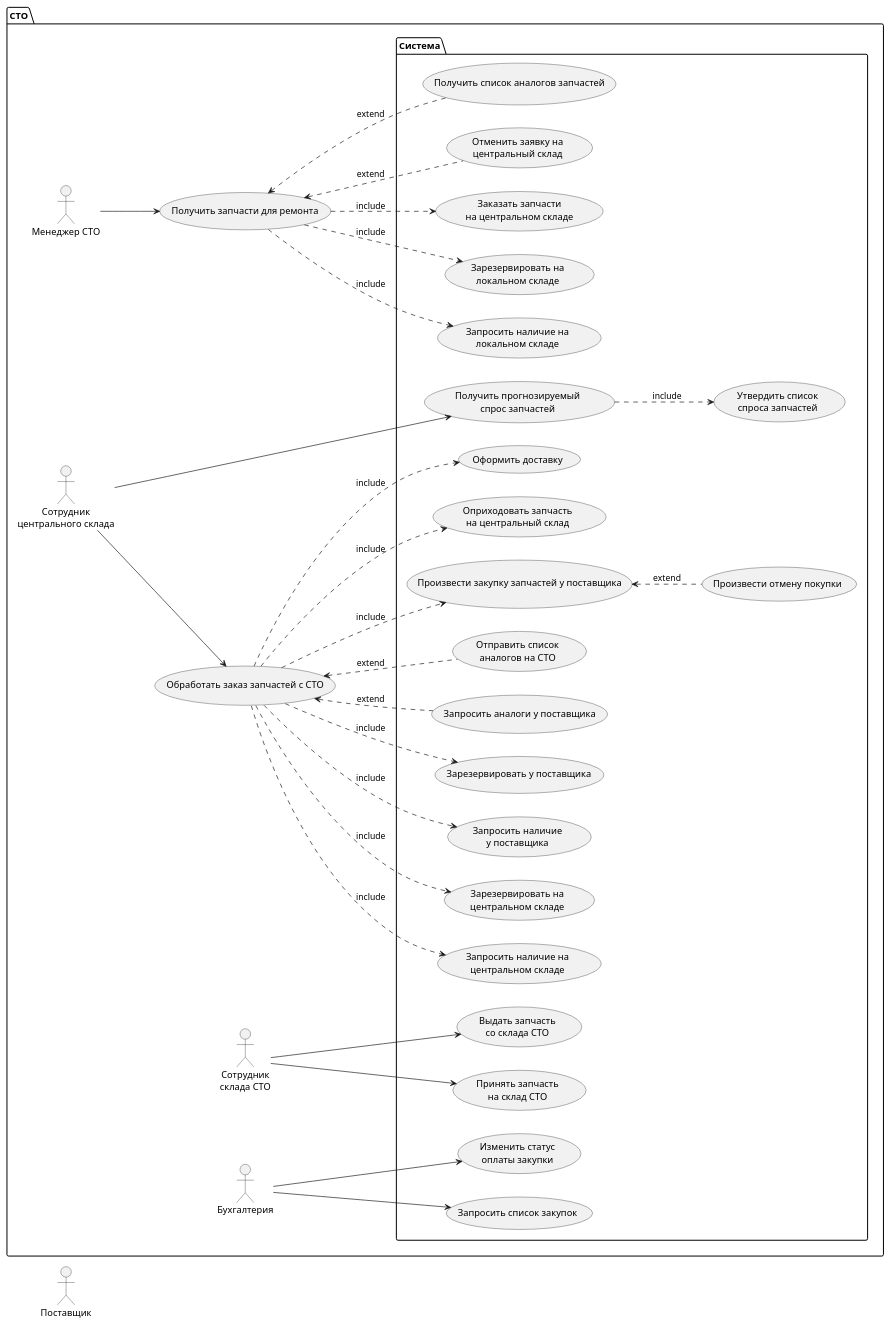
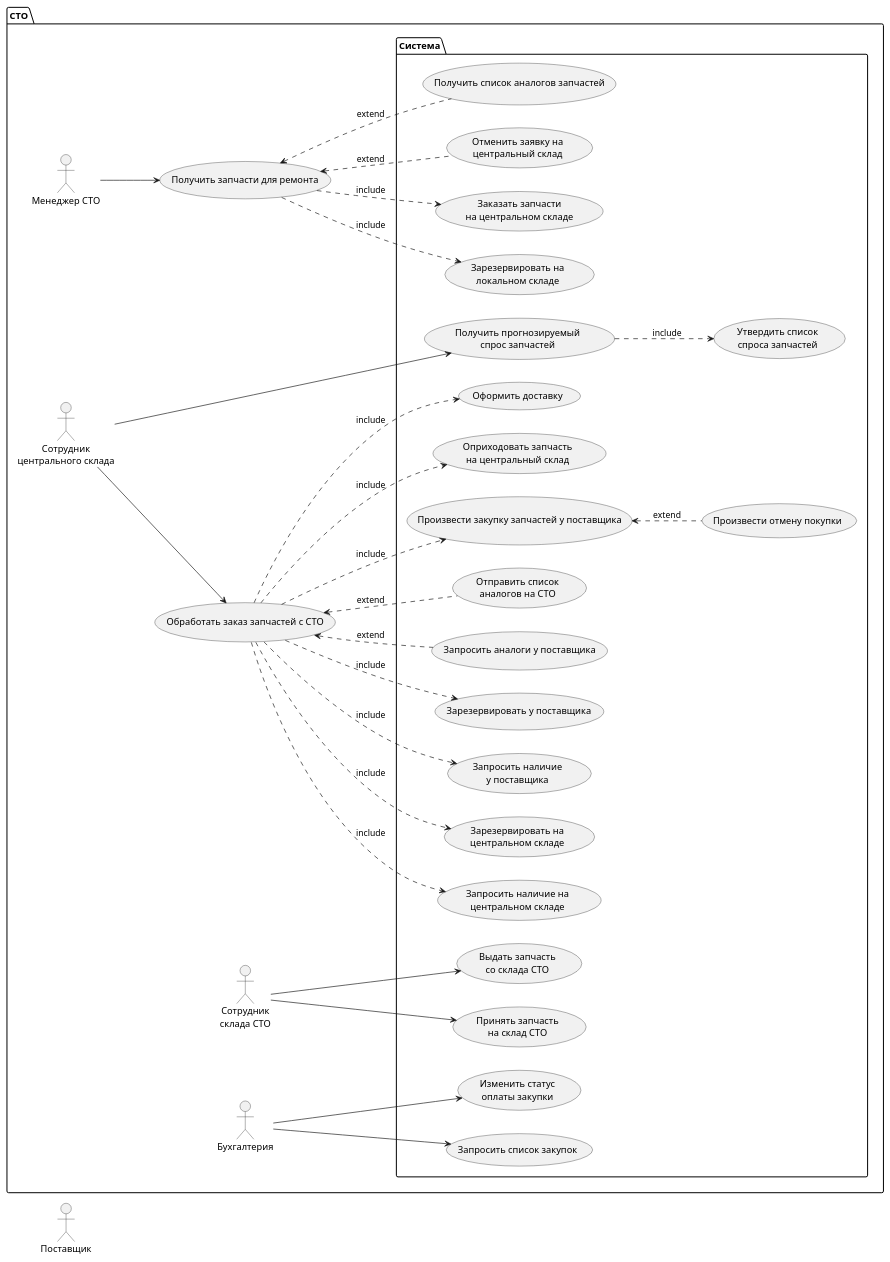
One commit to aapoplavskii/Project_Otus_SA changed the diagram in usecase.plantuml. Above: the diagram before and after it, drawn with PlantUML. The commit also changed 1 other file, not shown here.

Commit message:
переделал диаграмму usecase

```diff
--- a/usecase.plantuml
+++ b/usecase.plantuml
@@ -1,87 +1,85 @@
 @startuml Domaine modele
 left to right direction
 skinparam DefaultTextAlignment center
 
     actor Поставщик as provider
 
     package СТО {
                
     actor :Менеджер СТО: as manager
     actor :Сотрудник\nцентрального склада: as sklad
     actor :Сотрудник\nсклада СТО: as skladsto 
     actor :Бухгалтерия: as buh
     
 
     usecase "Получить запчасти для ремонта" as zakaz
 
     usecase "Обработать заказ запчастей с СТО" as processorder 
 
     
         
         package Система {            
 
-            usecase "Запросить наличие на\nлокальном складе" as zakazlocal
             usecase "Зарезервировать на\nлокальном складе" as reservlocal
             usecase "Заказать запчасти\nна центральном складе" as app            
             usecase "Отменить заявку на\nцентральный склад" as cancelapp
             usecase "Получить список аналогов запчастей" as getanalog
             
 
             usecase "Принять запчасть\nна склад СТО" as accept
             usecase "Выдать запчасть\nсо склада СТО" as issuesto
 
             
             usecase "Запросить наличие на\nцентральном складе" as zakazcenter
             usecase "Зарезервировать на\nцентральном складе" as reservcenter
             usecase "Запросить наличие\nу поставщика" as zakazdealer
             usecase "Зарезервировать у поставщика" as reservdealer
             usecase "Запросить аналоги у поставщика" as getanalogdealer
             usecase "Отправить список\nаналогов на СТО" as sendanalogdealer
             usecase "Произвести закупку запчастей у поставщика" as purchase
             usecase "Произвести отмену покупки" as cancelpurchase
             usecase "Оприходовать запчасть\nна центральный склад" as issuecenter
             usecase "Оформить доставку" as senddelivery
 
             usecase "Получить прогнозируемый\nспрос запчастей" as getforecast
 
             usecase "Утвердить список\nспроса запчастей" as signforecast
 
             usecase "Запросить список закупок" as getlistpurchase
             usecase "Изменить статус\nоплаты закупки" as patchpurchase
 
 
                     
         }    
 
     manager --> zakaz
     zakaz ..> reservlocal : include
     zakaz <.. cancelapp : extend 
     zakaz <.. getanalog : extend
-    zakaz ..> zakazlocal : include
     zakaz ..> app : include
     
     skladsto --> accept
     skladsto --> issuesto
     
     sklad --> processorder
     processorder ..> purchase : include
 
     processorder ..> zakazcenter : include
     processorder ..> reservcenter : include
     processorder ..> zakazdealer : include
     processorder ..> reservdealer : include
     processorder <.. getanalogdealer : extend
     processorder <.. sendanalogdealer : extend 
     processorder ..> issuecenter : include 
     processorder ..> senddelivery : include
 
     purchase <.. cancelpurchase : extend 
 
     sklad --> getforecast
     getforecast ..> signforecast : include 
 
     buh --> getlistpurchase
     buh --> patchpurchase
    
     }
 @enduml
```
